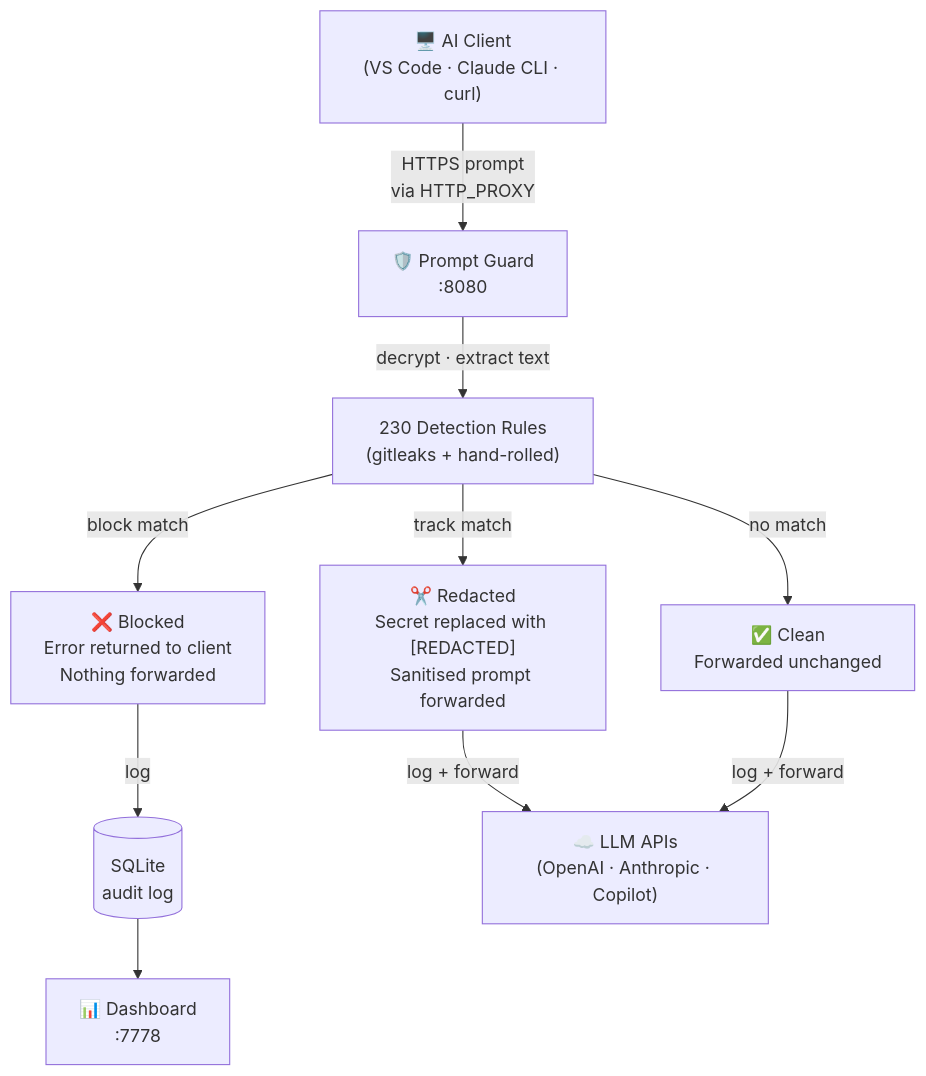
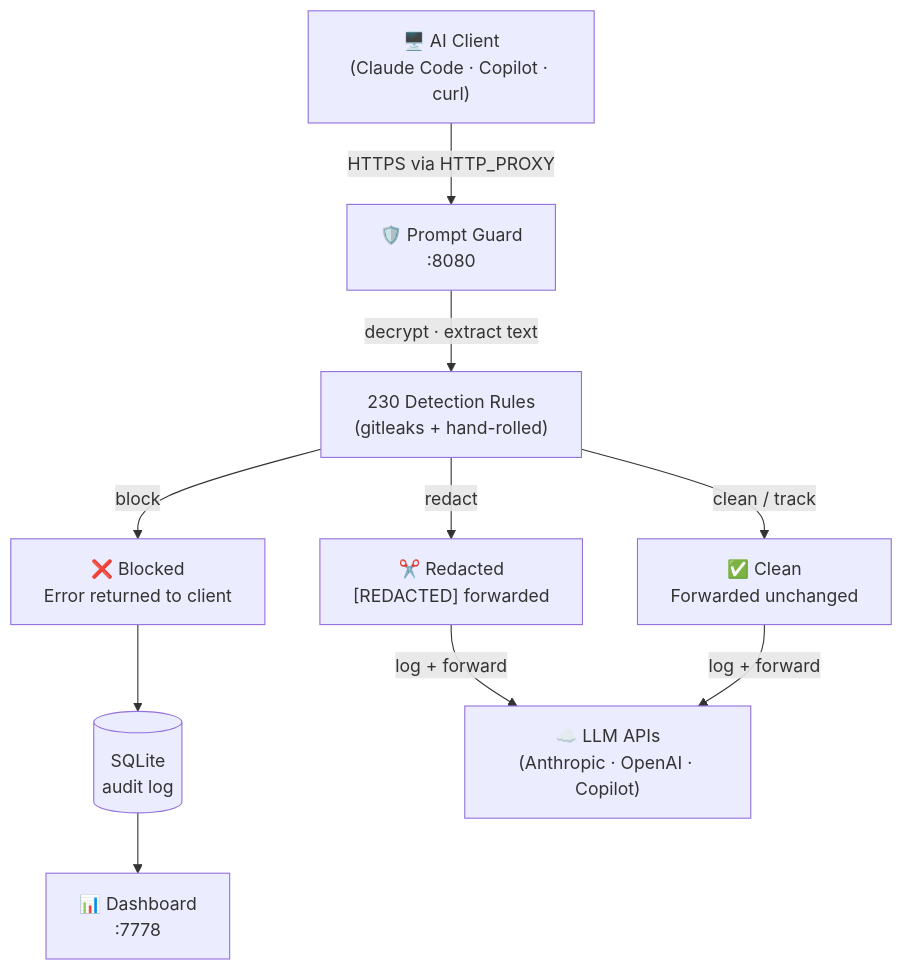
The diagram in README.md (chaudharydeepak/prompt-guard), drawn with Mermaid before and after one commit. The commit also changed other lines of this file, not shown here.

````diff
--- a/README.md
+++ b/README.md
@@ -274,22 +227,22 @@
 ```mermaid
 flowchart TD
-    Client["🖥️ AI Client\n(VS Code · Claude CLI · curl)"]
+    Client["🖥️ AI Client\n(Claude Code · Copilot · curl)"]
     PG["🛡️ Prompt Guard\n:8080"]
     Rules["230 Detection Rules\n(gitleaks + hand-rolled)"]
     DB[("SQLite\naudit log")]
     Dashboard["📊 Dashboard\n:7778"]
-    LLM["☁️ LLM APIs\n(OpenAI · Anthropic · Copilot)"]
-    Blocked["❌ Blocked\nError returned to client\nNothing forwarded"]
-    Redacted["✂️ Redacted\nSecret replaced with [REDACTED]\nSanitised prompt forwarded"]
+    LLM["☁️ LLM APIs\n(Anthropic · OpenAI · Copilot)"]
+    Blocked["❌ Blocked\nError returned to client"]
+    Redacted["✂️ Redacted\n[REDACTED] forwarded"]
     Clean["✅ Clean\nForwarded unchanged"]
 
-    Client -->|"HTTPS prompt\nvia HTTP_PROXY"| PG
+    Client -->|"HTTPS via HTTP_PROXY"| PG
     PG -->|"decrypt · extract text"| Rules
-    Rules -->|"block match"| Blocked
-    Rules -->|"track match"| Redacted
-    Rules -->|"no match"| Clean
-    Blocked -->|"log"| DB
+    Rules -->|"block"| Blocked
+    Rules -->|"redact"| Redacted
+    Rules -->|"clean / track"| Clean
+    Blocked --> DB
     Redacted -->|"log + forward"| LLM
     Clean -->|"log + forward"| LLM
     DB --> Dashboard
 ```
````
